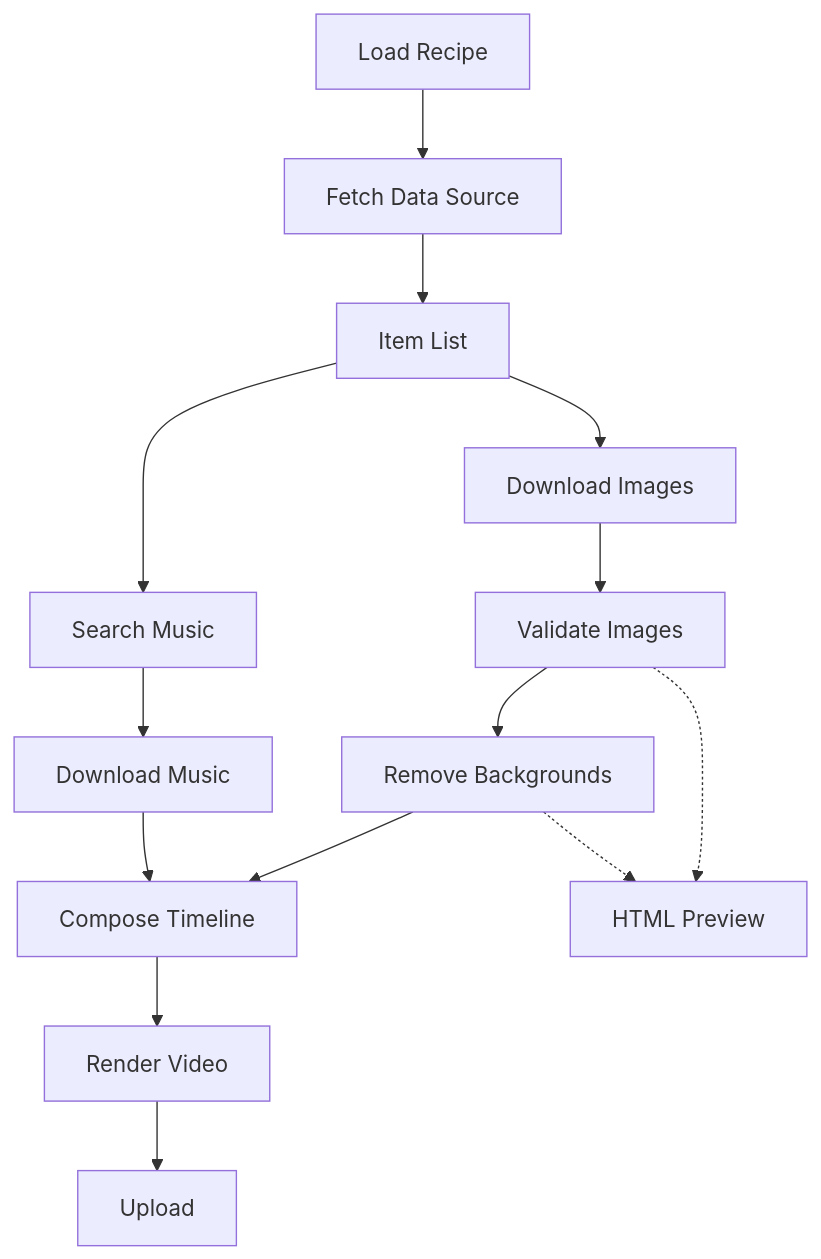
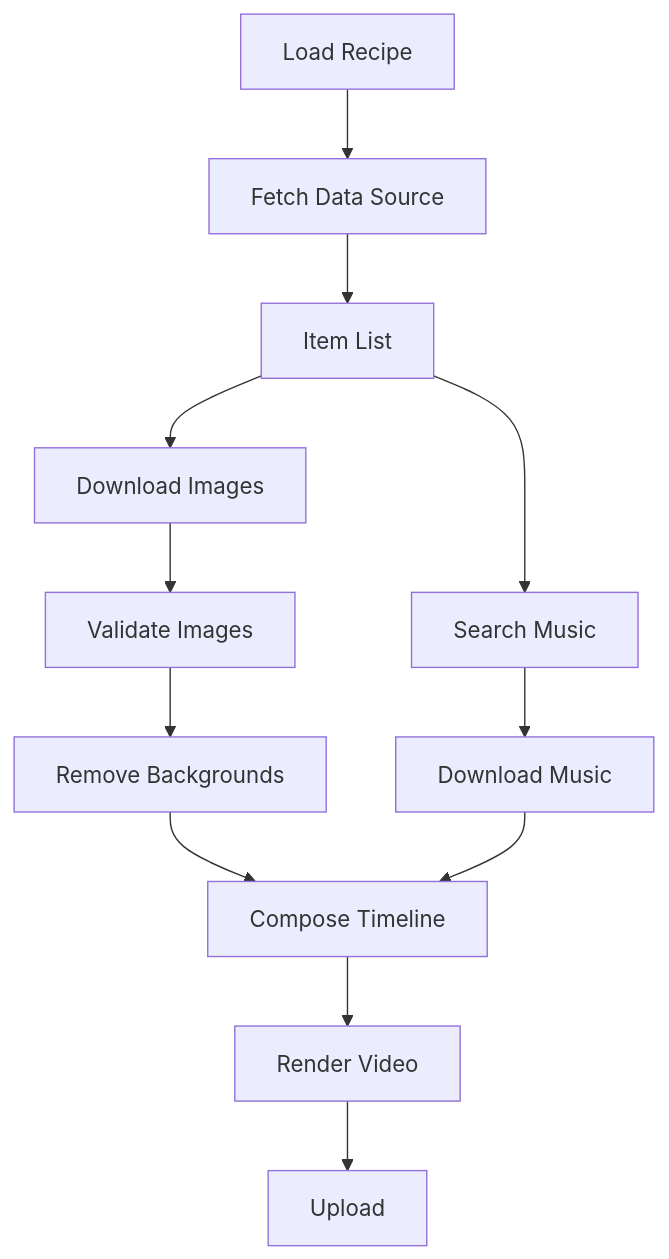
One commit to h4ksclaw/vidforge changed the diagram in README.md. Above: the diagram before and after it, drawn with Mermaid. The commit also changed other lines of this file and 1 other file, not shown here.

First line of the commit message:
Update README for generator architecture, trigger Pages on push

````diff
--- a/README.md
+++ b/README.md
@@ -39,16 +72,14 @@
 ```mermaid
 graph TD
     recipe[Load Recipe] --> source[Fetch Data Source]
     source --> items[Item List]
     items --> dl[Download Images]
     dl --> validate[Validate Images]
     validate --> bg[Remove Backgrounds]
     items --> search[Search Music]
     search --> dl_music[Download Music]
     bg --> compose[Compose Timeline]
     dl_music --> compose
     compose --> render[Render Video]
     render --> upload[Upload]
-    validate -.-> preview[HTML Preview]
-    bg -.-> preview
 ```
````
